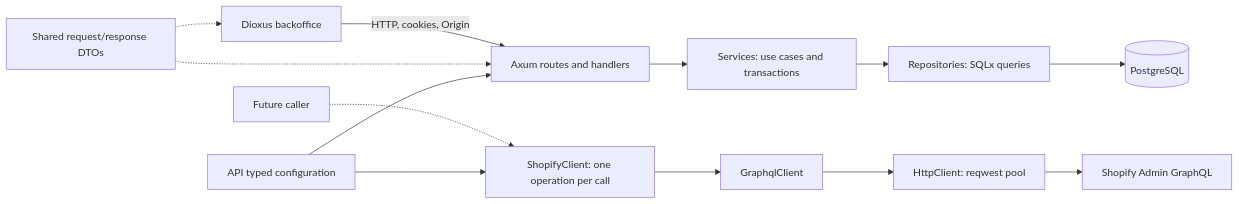
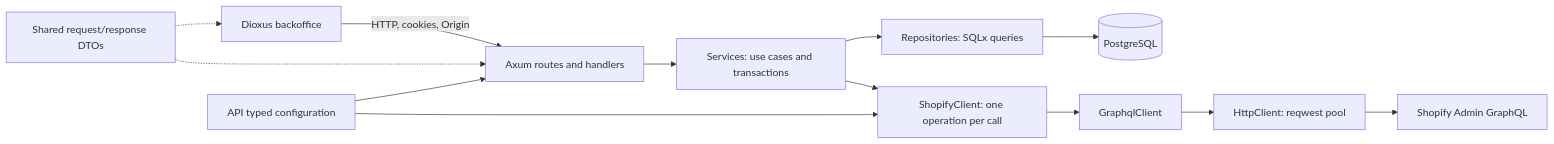
One commit to enzumeii/monolith changed the first of 3 diagrams in docs/architecture.md. Above: the diagram before and after it, drawn with Mermaid. The commit also changed other lines of this file and 31 other files, not shown here.

````diff
--- a/docs/architecture.md
+++ b/docs/architecture.md
@@ -7,15 +7,15 @@
 ```mermaid
 flowchart LR
     UI["Dioxus backoffice"] -->|"HTTP, cookies, Origin"| API["Axum routes and handlers"]
     API --> SERVICES["Services: use cases and transactions"]
     SERVICES --> REPO["Repositories: SQLx queries"]
     REPO --> DB[("PostgreSQL")]
     DOMAIN["Shared request/response DTOs"] -.-> UI
     DOMAIN -.-> API
-    CALLER["Future caller"] -.-> SHOPIFY["ShopifyClient: one operation per call"]
+    SERVICES --> SHOPIFY["ShopifyClient: one operation per call"]
     SHOPIFY --> GQL["GraphqlClient"]
     GQL --> HTTP["HttpClient: reqwest pool"]
     HTTP --> REMOTE["Shopify Admin GraphQL"]
     CONFIG["API typed configuration"] --> API
     CONFIG --> SHOPIFY
 ```
````
